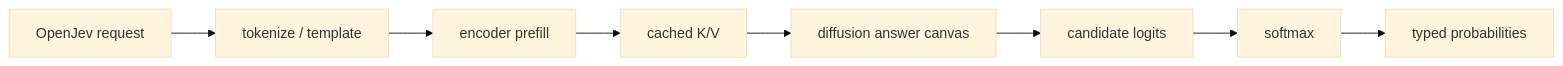
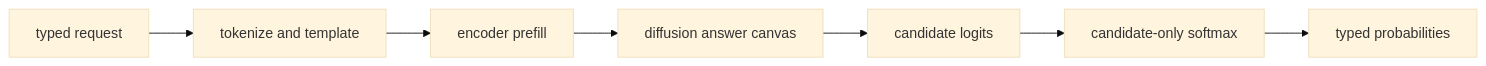
One commit to artalis-io/jev-bush changed the diagram in README.md. Above: the diagram before and after it, drawn with Mermaid (base theme). The commit also changed other lines of this file and 1 other file, not shown here.

````diff
--- a/README.md
+++ b/README.md
@@ -25,6 +19,9 @@
 ```mermaid
 flowchart LR
-    R[OpenJev request] --> T[tokenize / template] --> P[encoder prefill]
-    P --> K[cached K/V] --> C[diffusion answer canvas]
-    C --> L[candidate logits] --> S[softmax] --> O[typed probabilities]
+    R[typed request] --> T[tokenize and template]
+    T --> P[encoder prefill]
+    P --> C[diffusion answer canvas]
+    C --> L[candidate logits]
+    L --> S[candidate-only softmax]
+    S --> O[typed probabilities]
 ```
````
